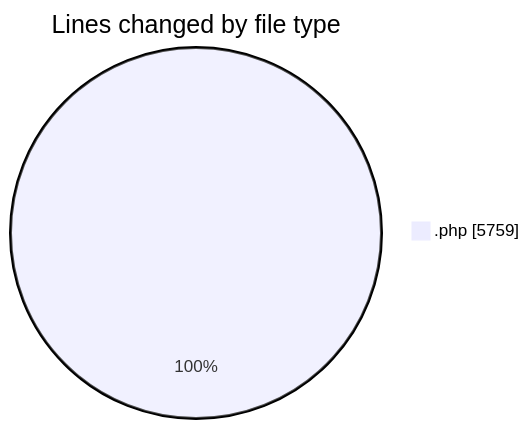
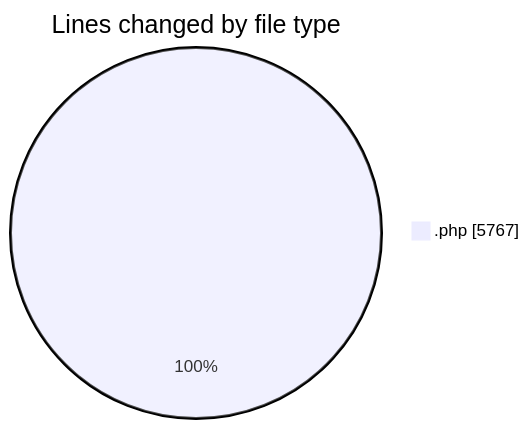
Before and after one commit to debugP/code-tracking: the first of 2 diagrams in 2025-10-03/untitled__workspace_/README.md, drawn with Mermaid. The commit also changed other lines of this file and 1 other file, not shown here.

````diff
--- a/2025-10-03/untitled__workspace_/README.md
+++ b/2025-10-03/untitled__workspace_/README.md
@@ -23,5 +23,5 @@
 ```mermaid
 pie showData
 title Lines changed by file type
-".php" : 5759
+".php" : 5767
 ```
````
